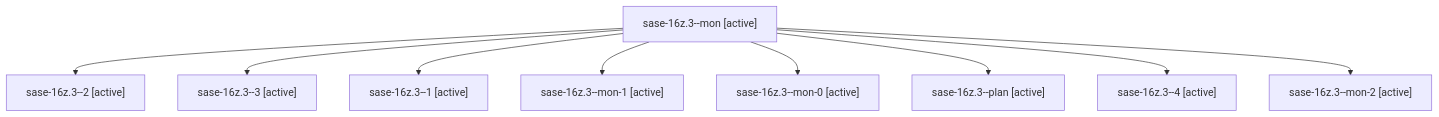
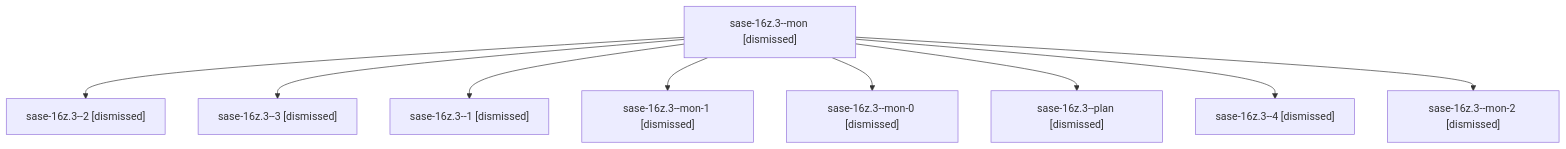
The diagram in sessions/bbugyi200.athena.sase-16z.3.md (sase-org/sase--agents), drawn with Mermaid before and after one commit. The commit also changed other lines of this file and 158 other files, not shown here.

````diff
--- a/sessions/bbugyi200.athena.sase-16z.3.md
+++ b/sessions/bbugyi200.athena.sase-16z.3.md
@@ -9,20 +9,20 @@
 ```mermaid
 flowchart TD
-  n0["sase-16z.3--mon [active]"]
-  n1["sase-16z.3--2 [active]"]
+  n0["sase-16z.3--mon [dismissed]"]
+  n1["sase-16z.3--2 [dismissed]"]
   n0 --> n1
-  n2["sase-16z.3--3 [active]"]
+  n2["sase-16z.3--3 [dismissed]"]
   n0 --> n2
-  n3["sase-16z.3--1 [active]"]
+  n3["sase-16z.3--1 [dismissed]"]
   n0 --> n3
-  n4["sase-16z.3--mon-1 [active]"]
+  n4["sase-16z.3--mon-1 [dismissed]"]
   n0 --> n4
-  n5["sase-16z.3--mon-0 [active]"]
+  n5["sase-16z.3--mon-0 [dismissed]"]
   n0 --> n5
-  n6["sase-16z.3--plan [active]"]
+  n6["sase-16z.3--plan [dismissed]"]
   n0 --> n6
-  n7["sase-16z.3--4 [active]"]
+  n7["sase-16z.3--4 [dismissed]"]
   n0 --> n7
-  n8["sase-16z.3--mon-2 [active]"]
+  n8["sase-16z.3--mon-2 [dismissed]"]
   n0 --> n8
 ```
````
